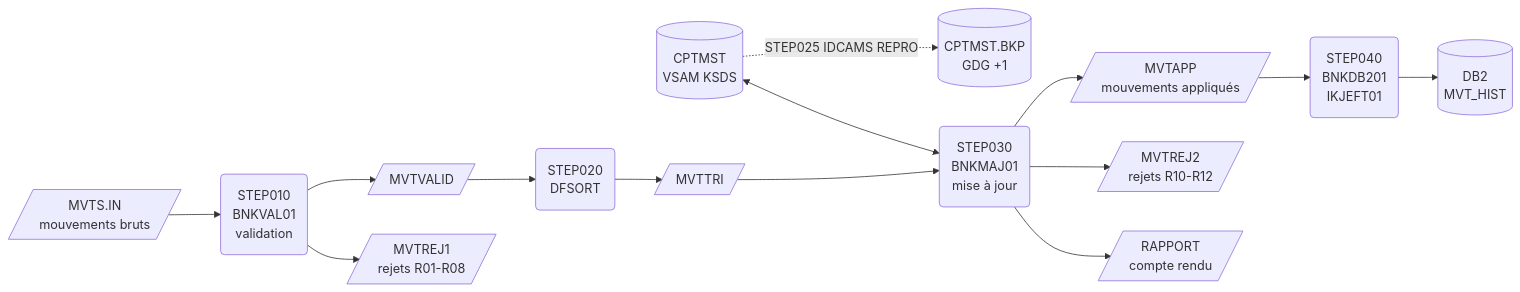
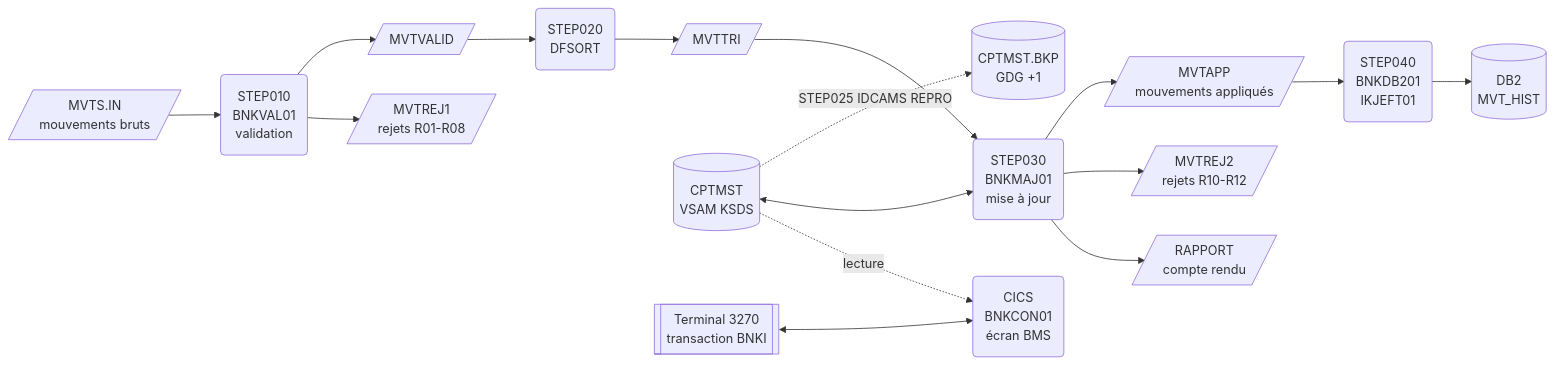
Before and after one commit to YbenAD/cobol-bank-batch: the diagram in README.md, drawn with Mermaid. The commit also changed other lines of this file and 8 other files, not shown here.

````diff
--- a/README.md
+++ b/README.md
@@ -14,16 +15,18 @@
 ```mermaid
 flowchart LR
     IN[/MVTS.IN<br/>mouvements bruts/] --> VAL(STEP010<br/>BNKVAL01<br/>validation)
     VAL --> OK[/MVTVALID/]
     VAL --> REJ1[/MVTREJ1<br/>rejets R01-R08/]
     OK --> SORT(STEP020<br/>DFSORT)
     SORT --> TRI[/MVTTRI/]
     KSDS[(CPTMST<br/>VSAM KSDS)] -. STEP025 IDCAMS REPRO .-> GDG[(CPTMST.BKP<br/>GDG +1)]
     TRI --> MAJ(STEP030<br/>BNKMAJ01<br/>mise à jour)
     KSDS <--> MAJ
     MAJ --> APP[/MVTAPP<br/>mouvements appliqués/]
     MAJ --> REJ2[/MVTREJ2<br/>rejets R10-R12/]
     MAJ --> RAP[/RAPPORT<br/>compte rendu/]
     APP --> DB2(STEP040<br/>BNKDB201<br/>IKJEFT01)
     DB2 --> HIST[(DB2<br/>MVT_HIST)]
+    T3270[[Terminal 3270<br/>transaction BNKI]] <--> CICS(CICS<br/>BNKCON01<br/>écran BMS)
+    KSDS -. lecture .-> CICS
 ```
````
